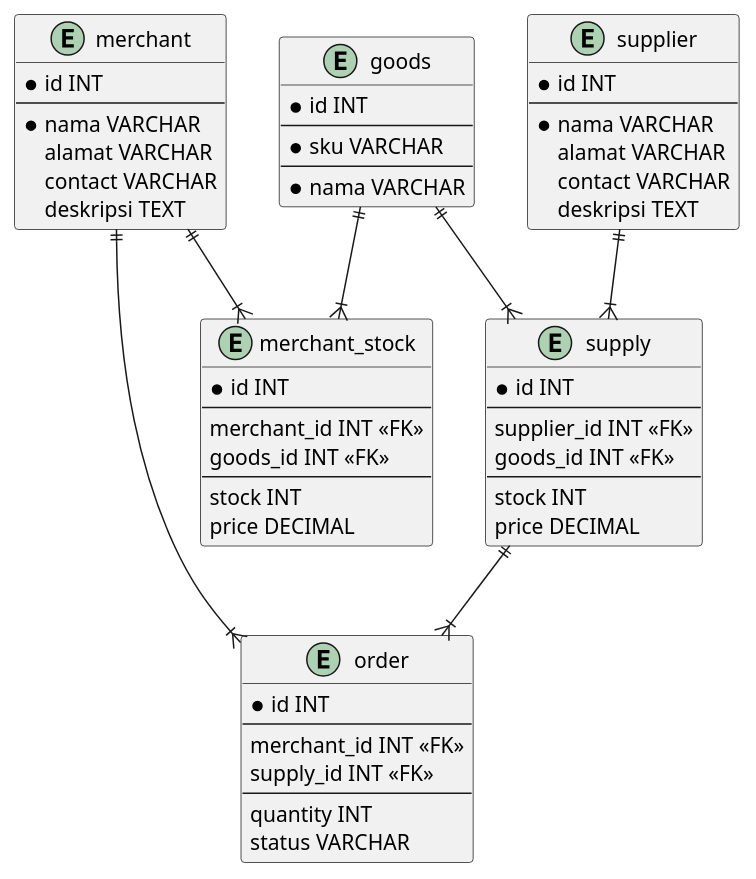
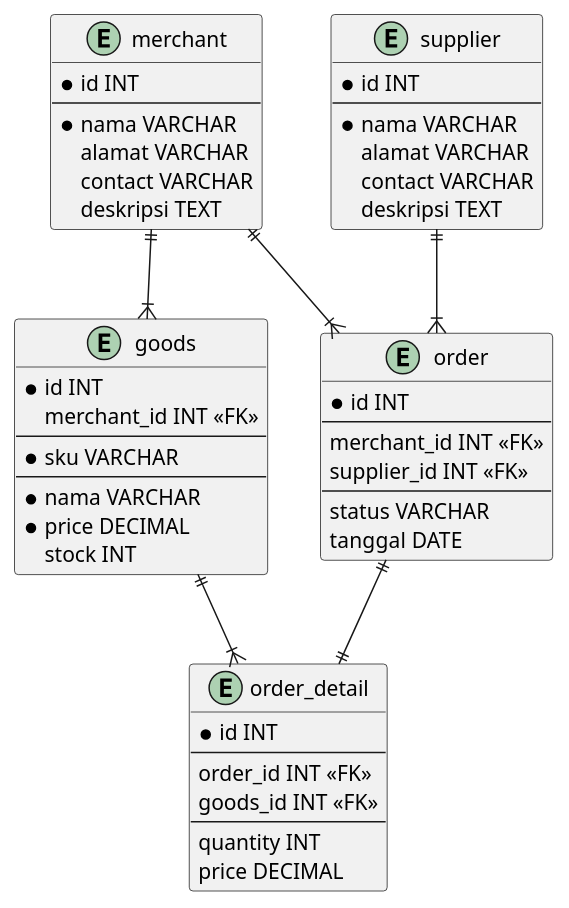
Before and after one commit to kaattuu/abucom_erd: the diagram in abucom_erd.puml, drawn with PlantUML. The commit also changed 4 other files, not shown here.

Commit message:
feat(abucom_erd): remove entity merchant_stok and entity supply

```diff
--- a/abucom_erd.puml
+++ b/abucom_erd.puml
@@ -1,68 +1,60 @@
 @startuml
 
 entity merchant {
     * id INT
     --
     * nama VARCHAR
     alamat VARCHAR
     contact VARCHAR
     deskripsi TEXT
 }
 
 entity supplier {
     * id INT
     --
     * nama VARCHAR
     alamat VARCHAR
     contact VARCHAR
     deskripsi TEXT
 }
 
 entity goods {
     * id INT
+    merchant_id INT <<FK>>
     --
     * sku VARCHAR
     --
     * nama VARCHAR
+    * price DECIMAL
+    stock INT
 }
 
-entity merchant_stock {
-    * id INT
-    --
-    merchant_id INT <<FK>>
-    goods_id INT <<FK>>
-    --
-    stock INT
-    price DECIMAL
-}
-
-entity supply {
-    * id INT
-    --
-    supplier_id INT <<FK>>
-    goods_id INT <<FK>>
-    --
-    stock INT
-    price DECIMAL
-}
-
-merchant ||--|{ merchant_stock
-goods ||--|{ merchant_stock
-
-supplier ||--|{ supply
-goods ||--|{ supply
+merchant ||--|{ goods
 
 entity order {
     * id INT
     --
     merchant_id INT <<FK>>
-    supply_id INT <<FK>>
+    supplier_id INT <<FK>>
     --
-    quantity INT
     status VARCHAR
+    tanggal DATE
 }
 
 merchant ||--|{ order
-supply ||--|{ order
+supplier ||--|{ order
+
+entity order_detail {
+    * id INT
+    --
+    order_id INT <<FK>>
+    goods_id INT <<FK>>
+    --
+    quantity INT
+    price DECIMAL
+}
+
+order ||--|| order_detail
+goods ||--|{ order_detail
 
 @enduml
```
